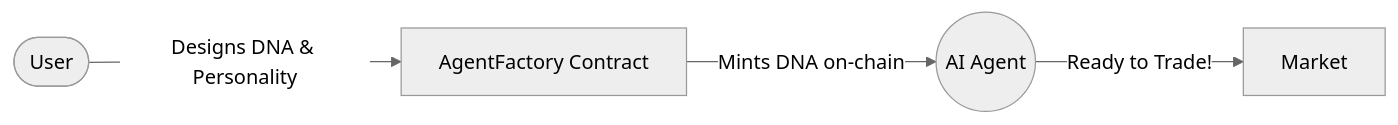
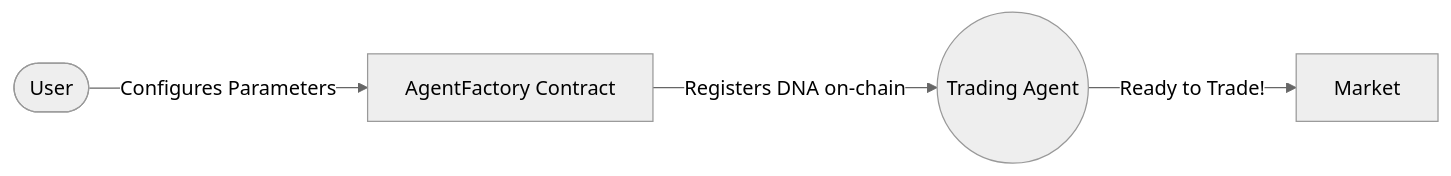
One commit to dinitheth/ClawTrader-POL changed the first of 2 diagrams in README.md. Above: the diagram before and after it, drawn with Mermaid (neutral theme). The commit also changed other lines of this file and 14 other files, not shown here.

````diff
--- a/README.md
+++ b/README.md
@@ -14,6 +14,6 @@
 ```mermaid
 graph LR
-    User([User]) -->|Designs DNA & Personality| Factory[AgentFactory Contract]
-    Factory -->|Mints DNA on-chain| Agent((AI Agent))
+    User([User]) -->|Configures Parameters| Factory[AgentFactory Contract]
+    Factory -->|Registers DNA on-chain| Agent((Trading Agent))
     Agent -->|Ready to Trade!| Market
 ```
````
